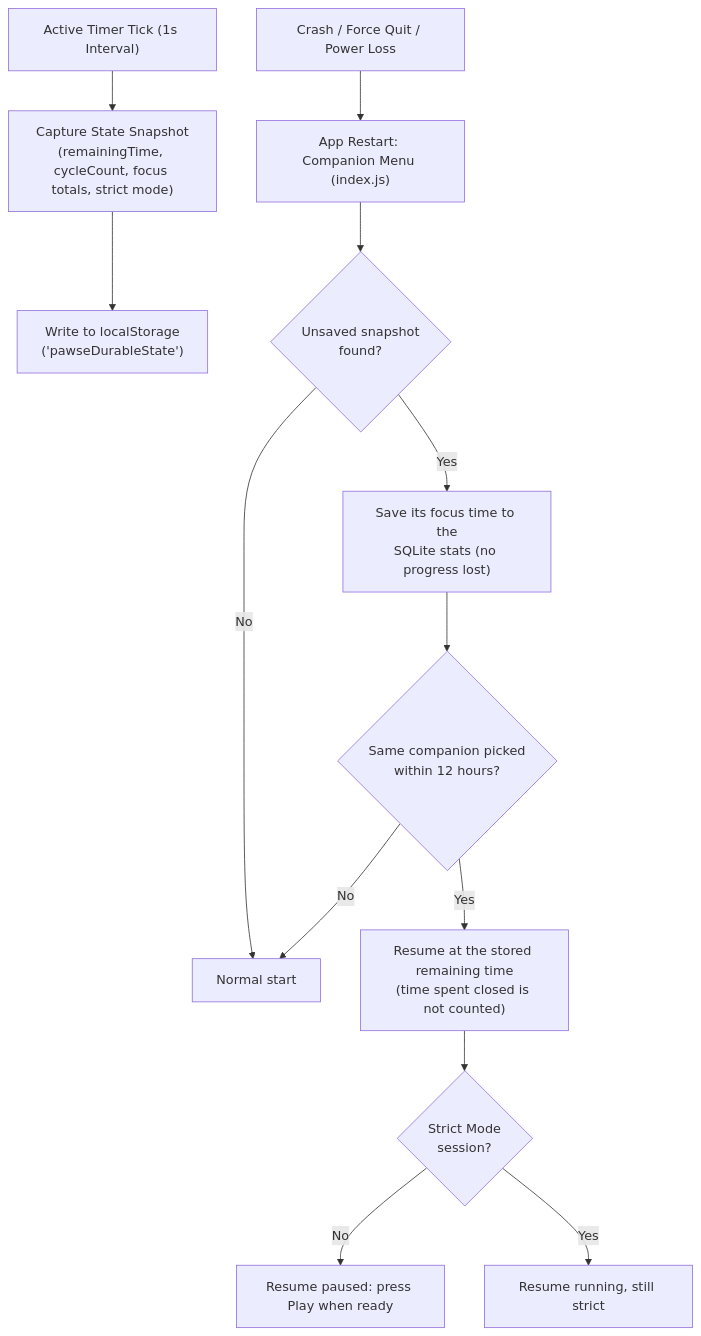
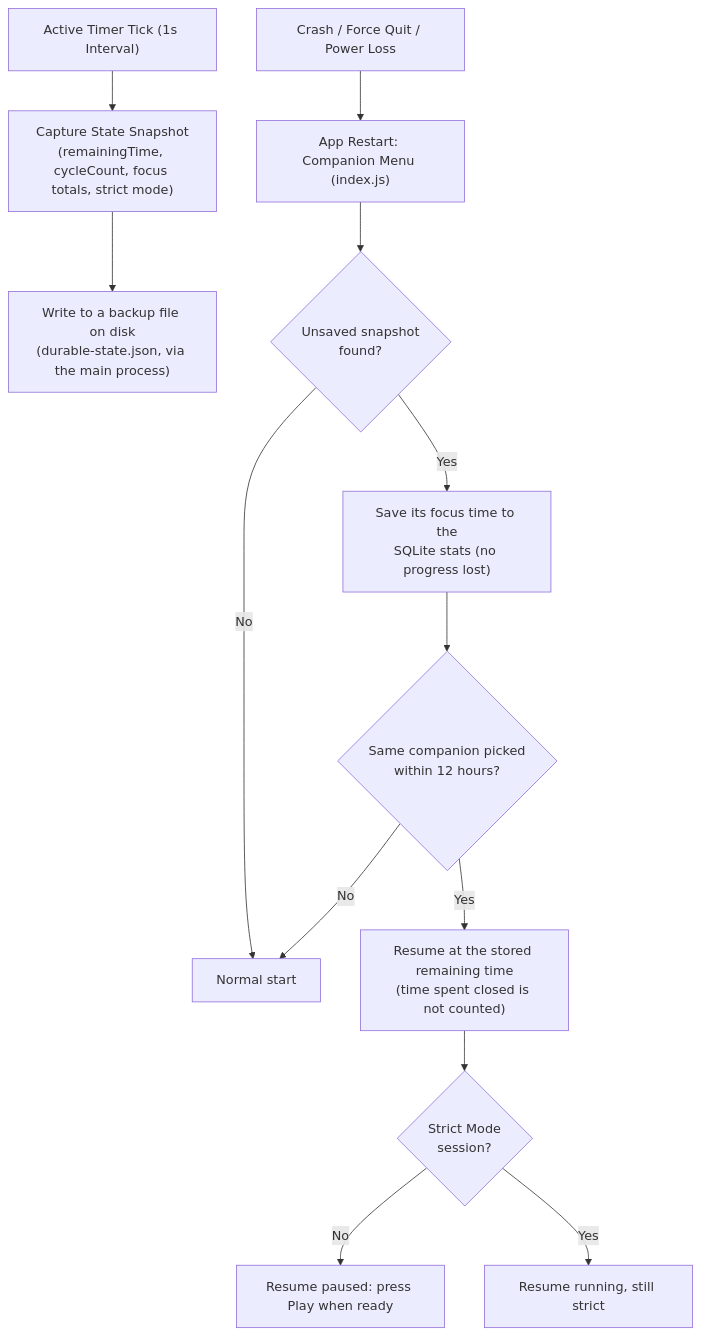
Before and after one commit to educ-jkescritor/Pawse: the first of 2 diagrams in README.md, drawn with Mermaid. The commit also changed other lines of this file and 2 other files, not shown here.

First line of the commit message:
update: describe the file-based crash backup in readme and agents.md

````diff
--- a/README.md
+++ b/README.md
@@ -99,16 +99,16 @@
 ```mermaid
 flowchart TD
     A["Active Timer Tick (1s Interval)"] --> B["Capture State Snapshot<br/>(remainingTime, cycleCount, focus totals, strict mode)"]
-    B --> C["Write to localStorage<br/>('pawseDurableState')"]
+    B --> C["Write to a backup file on disk<br/>(durable-state.json, via the main process)"]
 
     D["Crash / Force Quit / Power Loss"] --> E["App Restart: Companion Menu (index.js)"]
     E --> F{"Unsaved snapshot<br/>found?"}
     F -- No --> G["Normal start"]
     F -- Yes --> H["Save its focus time to the<br/>SQLite stats (no progress lost)"]
     H --> I{"Same companion picked<br/>within 12 hours?"}
     I -- No --> G
     I -- Yes --> J["Resume at the stored remaining time<br/>(time spent closed is not counted)"]
     J --> K{"Strict Mode<br/>session?"}
     K -- No --> L["Resume paused: press Play when ready"]
     K -- Yes --> M["Resume running, still strict"]
 ```
````
